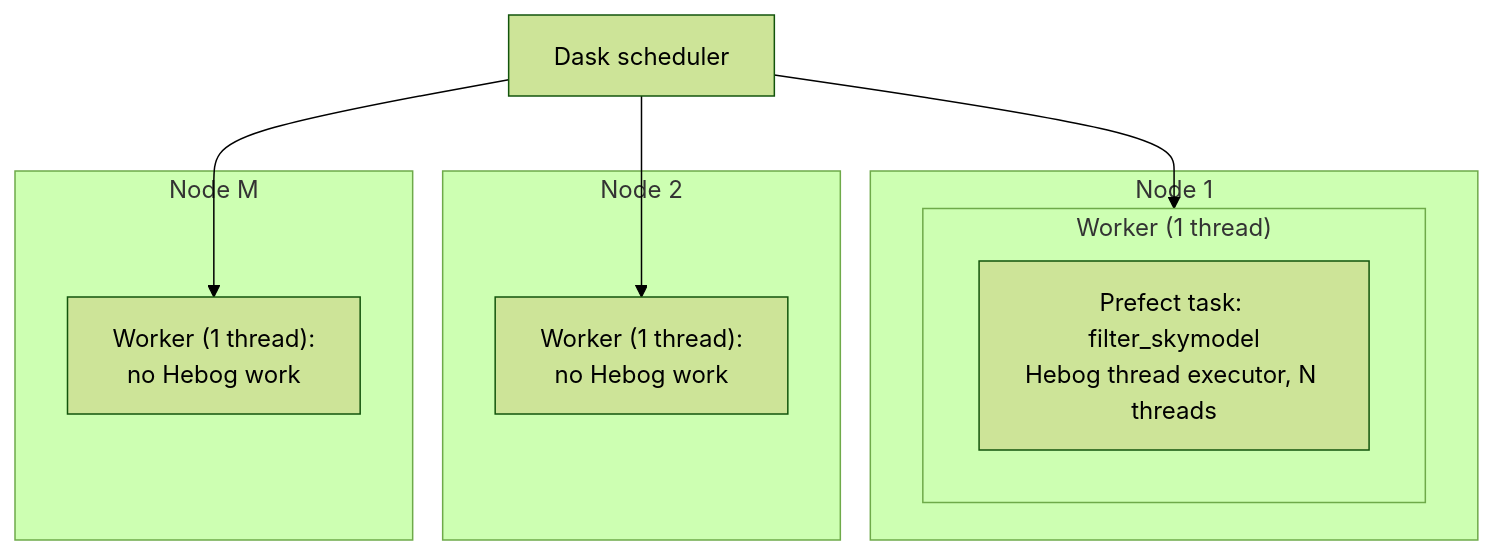
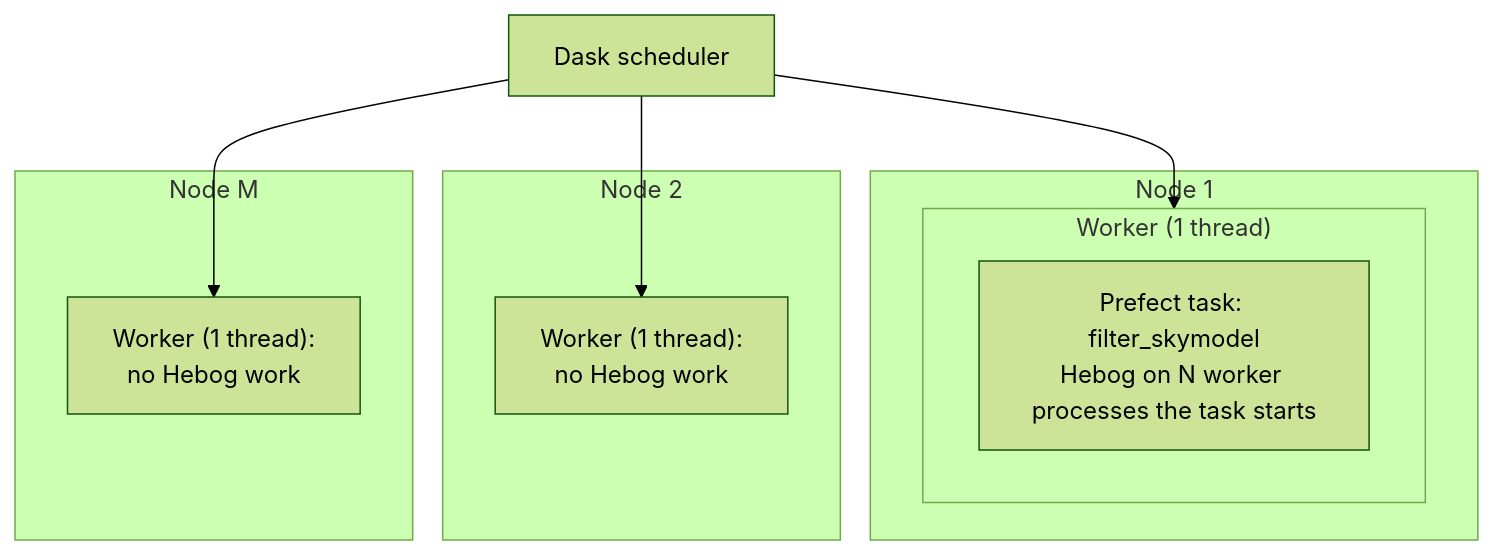
The third of 4 diagrams in docs/architecture/rapthor-execution-layouts.md (gemmadanks/hebog), drawn with Mermaid (forest theme) before and after one commit. The commit also changed other lines of this file and 30 other files, not shown here.

````diff
--- a/docs/architecture/rapthor-execution-layouts.md
+++ b/docs/architecture/rapthor-execution-layouts.md
@@ -126,18 +131,18 @@
 ```mermaid
 flowchart TB
     scheduler["Dask scheduler"]
     subgraph n1["Node 1"]
         subgraph w1["Worker (1 thread)"]
-            task["Prefect task: filter_skymodel<br/>Hebog thread executor, N threads"]
+            task["Prefect task: filter_skymodel<br/>Hebog on N worker processes the task starts"]
         end
     end
     subgraph n2["Node 2"]
         w2["Worker (1 thread):<br/>no Hebog work"]
     end
     subgraph nm["Node M"]
         wm["Worker (1 thread):<br/>no Hebog work"]
     end
     scheduler --> w1
     scheduler --> w2
     scheduler --> wm
 ```
````
